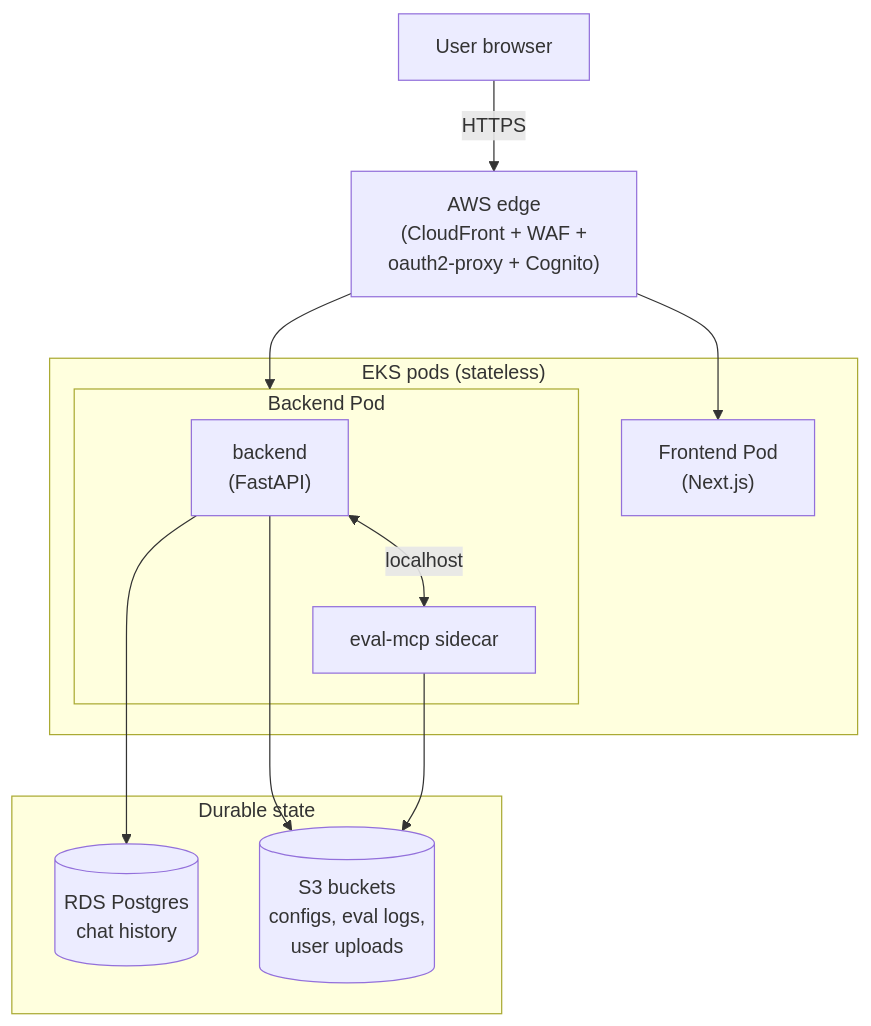
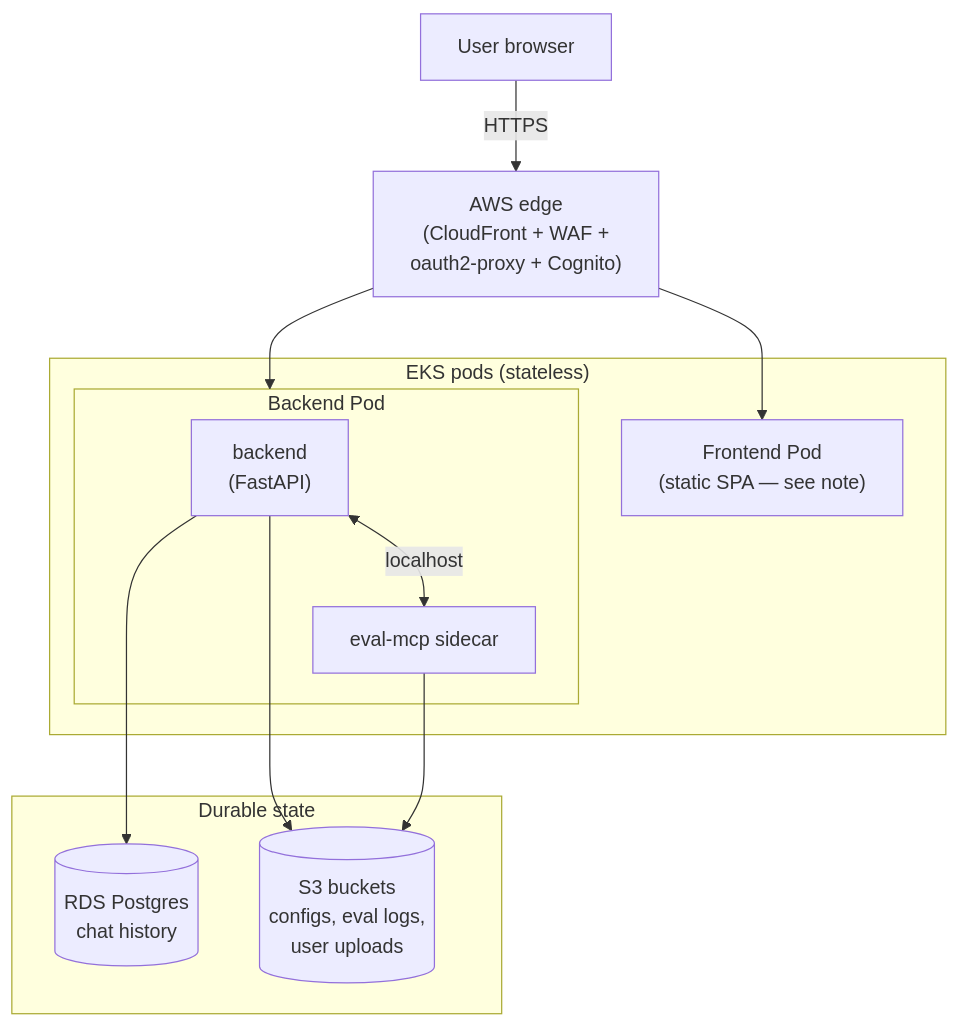
The third of 3 diagrams in ARCHITECTURE.md (awslabs/llm-evaluation-system), drawn with Mermaid before and after one commit. The commit also changed other lines of this file and 171 other files, not shown here.

````diff
--- a/ARCHITECTURE.md
+++ b/ARCHITECTURE.md
@@ -113,26 +113,26 @@
 ```mermaid
 flowchart TB
     User["User browser"]
     Edge["AWS edge<br/>(CloudFront + WAF +<br/>oauth2-proxy + Cognito)"]
 
     subgraph Pods["EKS pods (stateless)"]
-        Frontend["Frontend Pod<br/>(Next.js)"]
+        Frontend["Frontend Pod<br/>(static SPA — see note)"]
         subgraph BackendPod["Backend Pod"]
             BE["backend<br/>(FastAPI)"]
             MCP["eval-mcp sidecar"]
             BE <-->|"localhost"| MCP
         end
     end
 
     subgraph Durable["Durable state"]
         RDS[("RDS Postgres<br/>chat history")]
         S3[("S3 buckets<br/>configs, eval logs,<br/>user uploads")]
     end
 
     User -->|"HTTPS"| Edge
     Edge --> Frontend
     Edge --> BackendPod
     BE --> RDS
     BE --> S3
     MCP --> S3
 ```
````
